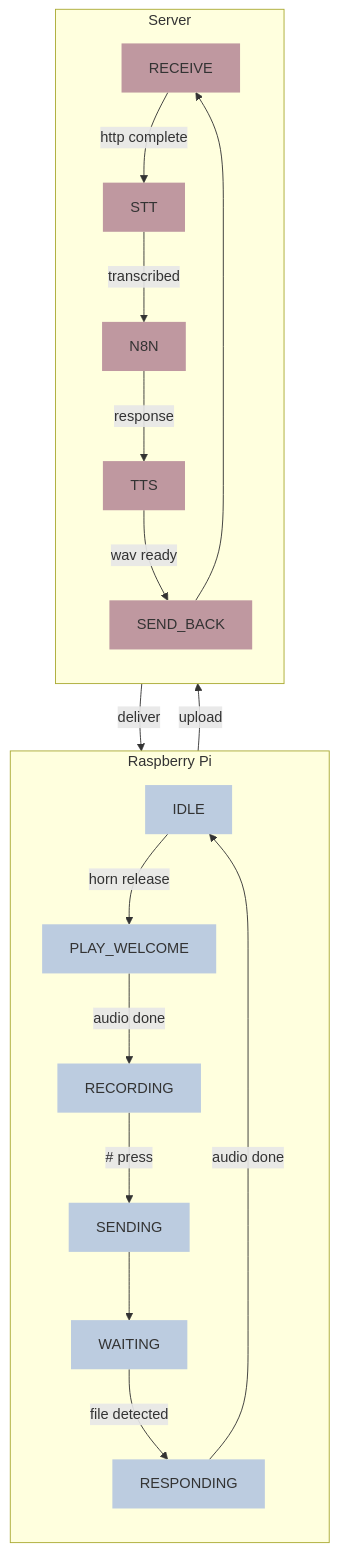
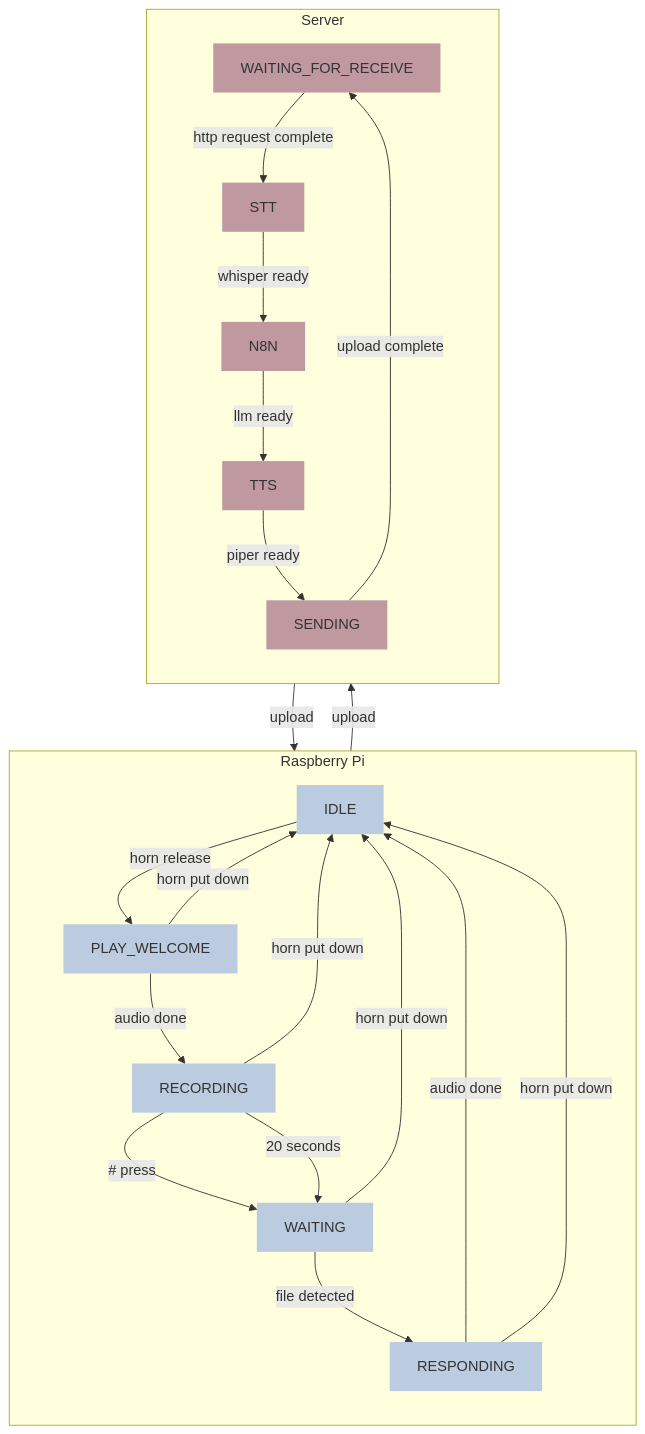
One commit to basbaccarne/echoes-of-tomorrow changed the diagram in README.md. Above: the diagram before and after it, drawn with Mermaid.

Commit message:
state machine

````diff
--- a/README.md
+++ b/README.md
@@ -73,28 +73,32 @@
 ```mermaid
 flowchart TB
     classDef pi     fill:#BCCCE0,stroke-width:0
     classDef server fill:#BF98A0,stroke-width:0
 
     subgraph Pi ["Raspberry Pi"]
         direction TB
         IDLE:::pi-->|horn release| PLAY_WELCOME:::pi
         PLAY_WELCOME     -->|audio done| RECORDING:::pi
-        RECORDING        -->|# press| SENDING:::pi
-        SENDING          --> WAITING:::pi
+        PLAY_WELCOME     -->|horn put down| IDLE
+        RECORDING        -->|# press| WAITING:::pi
+        RECORDING        -->| 20 seconds| WAITING:::pi
+        RECORDING        -->|horn put down| IDLE
         WAITING          -->|file detected| RESPONDING:::pi
+        WAITING          -->|horn put down| IDLE
         RESPONDING:::pi  -->|audio done| IDLE
+        RESPONDING       -->|horn put down| IDLE
     end
 
     subgraph Srv ["Server"]
         direction TB
-        RECEIVE:::server -->|http complete| STT:::server
-        STT              -->|transcribed| N8N:::server
-        N8N              -->|response| TTS:::server
-        TTS              -->|wav ready| SEND_BACK:::server
-        SEND_BACK        --> RECEIVE
+        WAITING_FOR_RECEIVE:::server -->|http request complete| STT:::server
+        STT              -->|whisper ready| N8N:::server
+        N8N              -->|llm ready| TTS:::server
+        TTS              -->|piper ready| SENDING:::server
+        SENDING          -->|upload complete|WAITING_FOR_RECEIVE
     end
 
-    SENDING   -->|upload| RECEIVE
-    SEND_BACK -->|deliver| WAITING
+    WAITING   -->|upload| WAITING_FOR_RECEIVE
+    SENDING -->|upload| WAITING
 
 ```
````
